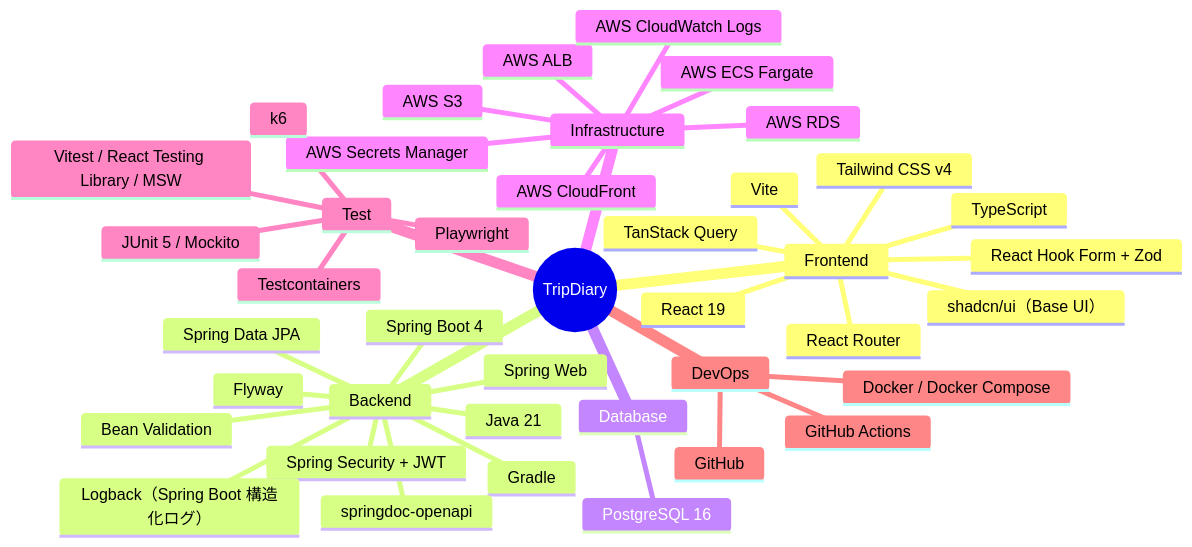
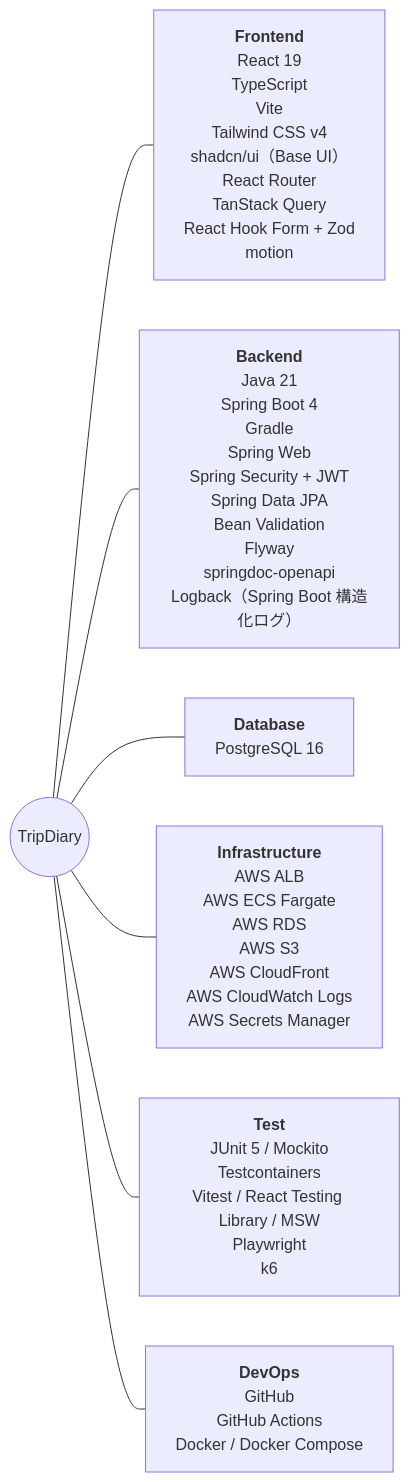
One commit to kuroda1995/TripDiary changed the first of 7 diagrams in docs/architecture.md. Above: the diagram before and after it, drawn with Mermaid. The commit also changed other lines of this file, not shown here.

Commit message:
docs(architecture): スキル図を mindmap から flowchart に書き換える
Cursor の Markdown プレビューは Mermaid の mindmap を描画できず「Mermaid Syntax Error」になるため、
どのビューアでも表示できる flowchart にした（内容は同じ）。
あわせて、導入した motion を技術スタックと技術選定一覧に追記した。

````diff
--- a/docs/architecture.md
+++ b/docs/architecture.md
@@ -16,44 +16,14 @@
 ```mermaid
-mindmap
-  root((TripDiary))
-    Frontend
-      React 19
-      TypeScript
-      Vite
-      Tailwind CSS v4
-      shadcn/ui（Base UI）
-      React Router
-      TanStack Query
-      React Hook Form + Zod
-    Backend
-      Java 21
-      Spring Boot 4
-      Gradle
-      Spring Web
-      Spring Security + JWT
-      Spring Data JPA
-      Bean Validation
-      Flyway
-      springdoc-openapi
-      Logback（Spring Boot 構造化ログ）
-    Database
-      PostgreSQL 16
-    Infrastructure
-      AWS ALB
-      AWS ECS Fargate
-      AWS RDS
-      AWS S3
-      AWS CloudFront
-      AWS CloudWatch Logs
-      AWS Secrets Manager
-    Test
-      JUnit 5 / Mockito
-      Testcontainers
-      Vitest / React Testing Library / MSW
-      Playwright
-      k6
-    DevOps
-      GitHub
-      GitHub Actions
-      Docker / Docker Compose
+flowchart LR
+    root((TripDiary))
+
+    fe["<b>Frontend</b><br/>React 19<br/>TypeScript<br/>Vite<br/>Tailwind CSS v4<br/>shadcn/ui（Base UI）<br/>React Router<br/>TanStack Query<br/>React Hook Form + Zod<br/>motion"]
+    be["<b>Backend</b><br/>Java 21<br/>Spring Boot 4<br/>Gradle<br/>Spring Web<br/>Spring Security + JWT<br/>Spring Data JPA<br/>Bean Validation<br/>Flyway<br/>springdoc-openapi<br/>Logback（Spring Boot 構造化ログ）"]
+    db["<b>Database</b><br/>PostgreSQL 16"]
+    infra["<b>Infrastructure</b><br/>AWS ALB<br/>AWS ECS Fargate<br/>AWS RDS<br/>AWS S3<br/>AWS CloudFront<br/>AWS CloudWatch Logs<br/>AWS Secrets Manager"]
+    test["<b>Test</b><br/>JUnit 5 / Mockito<br/>Testcontainers<br/>Vitest / React Testing Library / MSW<br/>Playwright<br/>k6"]
+    devops["<b>DevOps</b><br/>GitHub<br/>GitHub Actions<br/>Docker / Docker Compose"]
+
+    root --- fe & be & db
+    root --- infra & test & devops
 ```
````
